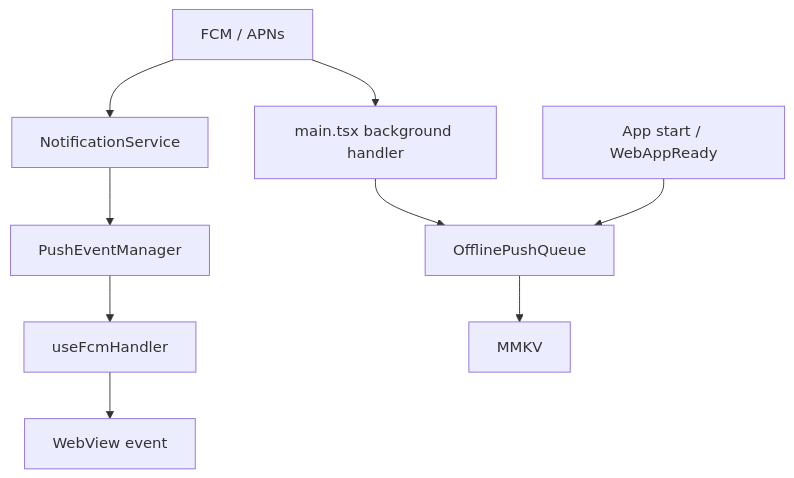
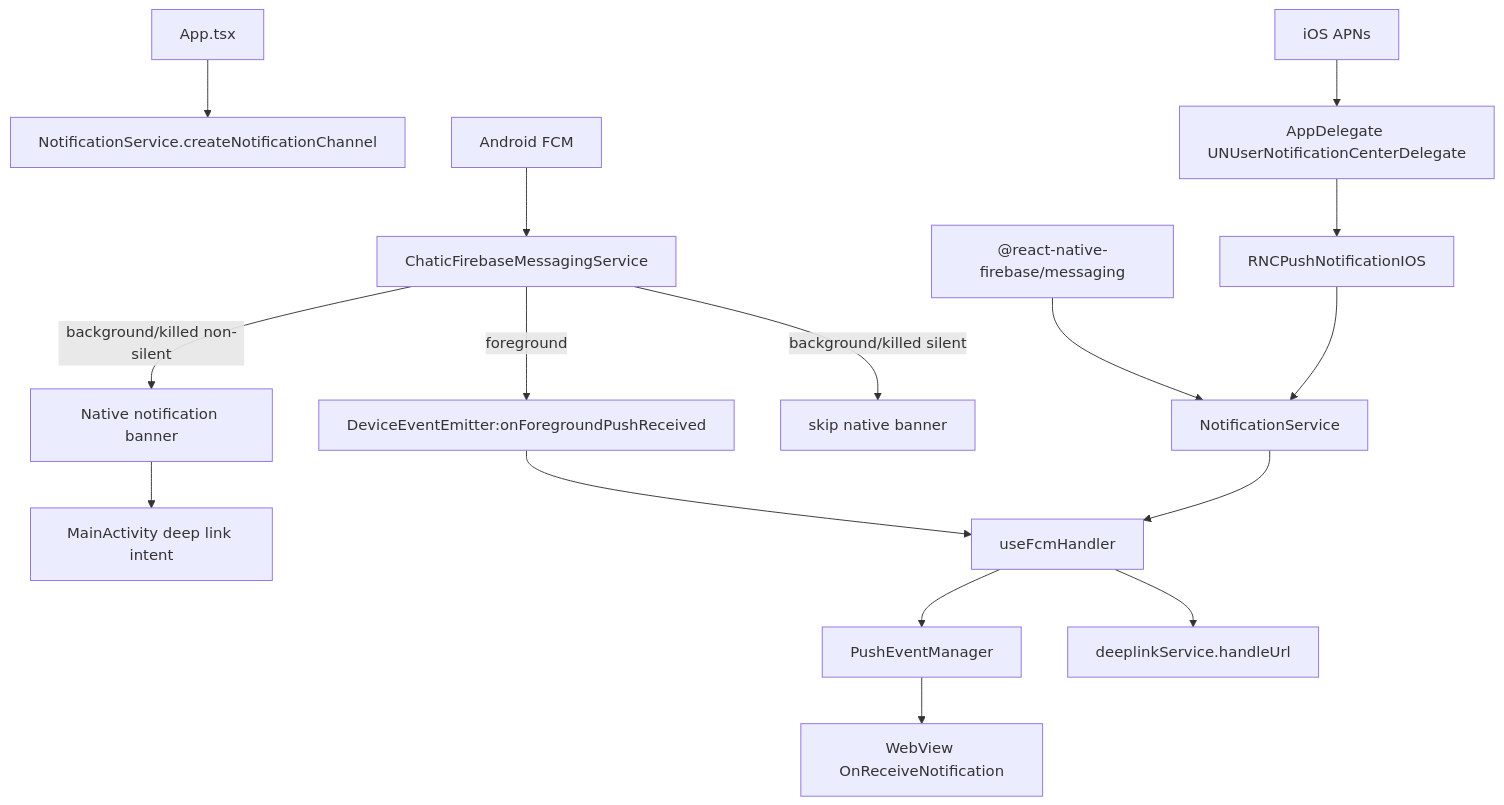
The first of 4 diagrams in apps/mobile/docs/push.md (lemoncloud-io/dou-app), drawn with Mermaid before and after one commit. The commit also changed other lines of this file and 5 other files, not shown here.

Commit message:
docs: update mobile push notification documentation

````diff
--- a/apps/mobile/docs/push.md
+++ b/apps/mobile/docs/push.md
@@ -19,11 +21,21 @@
 ```mermaid
 flowchart TD
-    FCM["FCM / APNs"] --> NotificationService["NotificationService"]
-    FCM --> BackgroundHandler["main.tsx background handler"]
-    NotificationService --> PushEventManager["PushEventManager"]
-    PushEventManager --> FcmHandler["useFcmHandler"]
-    FcmHandler --> WebView["WebView event"]
-    BackgroundHandler --> OfflinePushQueue["OfflinePushQueue"]
-    OfflinePushQueue --> MMKV["MMKV"]
-    AppReady["App start / WebAppReady"] --> OfflinePushQueue
+    App["App.tsx"] --> Channels["NotificationService.createNotificationChannel"]
+
+    AndroidFCM["Android FCM"] --> AndroidService["ChaticFirebaseMessagingService"]
+    AndroidService -->|"foreground"| DeviceEvent["DeviceEventEmitter:onForegroundPushReceived"]
+    AndroidService -->|"background/killed non-silent"| NativeBanner["Native notification banner"]
+    AndroidService -->|"background/killed silent"| DropBanner["skip native banner"]
+    NativeBanner --> MainActivity["MainActivity deep link intent"]
+
+    IOSAPNs["iOS APNs"] --> AppDelegate["AppDelegate UNUserNotificationCenterDelegate"]
+    AppDelegate --> PushIOS["RNCPushNotificationIOS"]
+
+    FCMJS["@react-native-firebase/messaging"] --> NotificationService["NotificationService"]
+    PushIOS --> NotificationService
+    DeviceEvent --> FcmHandler["useFcmHandler"]
+    NotificationService --> FcmHandler
+    FcmHandler --> PushEventManager["PushEventManager"]
+    PushEventManager --> WebView["WebView OnReceiveNotification"]
+    FcmHandler --> Deeplink["deeplinkService.handleUrl"]
 ```
````
